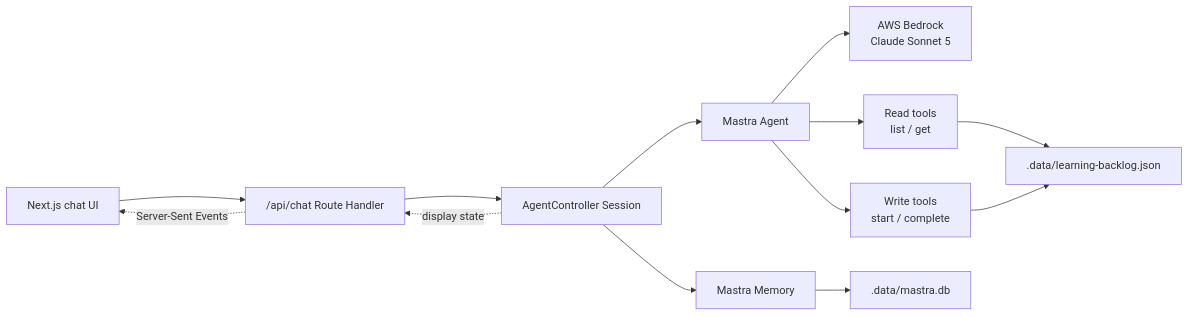
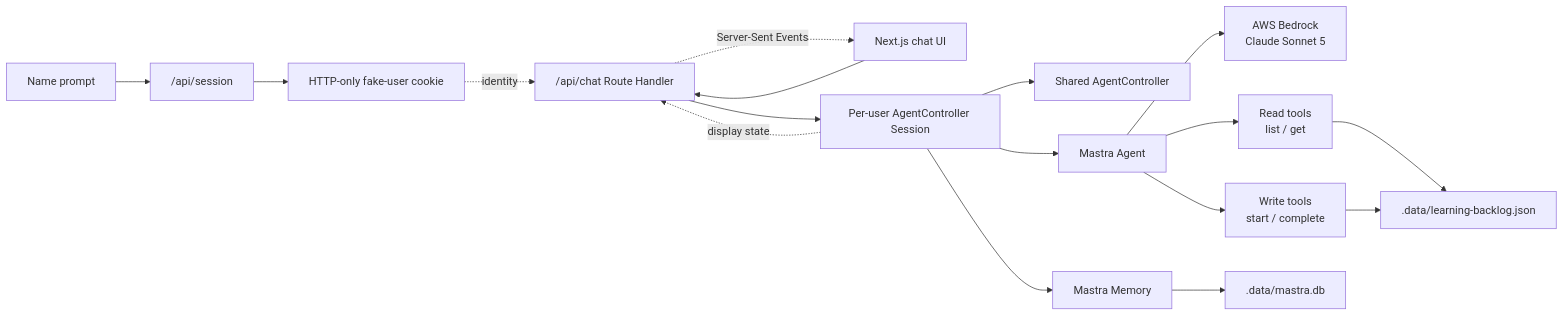
Before and after one commit to eyablonowitz/mastra-learning: the first of 3 diagrams in README.md, drawn with Mermaid. The commit also changed other lines of this file and 16 other files, not shown here.

Commit message:
add per-user-isolated sessions with faux-auth

````diff
--- a/README.md
+++ b/README.md
@@ -35,15 +35,19 @@
 ```mermaid
 flowchart LR
+    Prompt["Name prompt"] --> Auth["/api/session"]
+    Auth --> Cookie["HTTP-only fake-user cookie"]
     UI["Next.js chat UI"] --> Route["/api/chat Route Handler"]
-    Route --> Session["AgentController Session"]
+    Cookie -. "identity" .-> Route
+    Route --> Session["Per-user AgentController Session"]
+    Session --> Controller["Shared AgentController"]
     Session --> Agent["Mastra Agent"]
     Agent --> Bedrock["AWS Bedrock<br/>Claude Sonnet 5"]
     Agent --> Reads["Read tools<br/>list / get"]
     Agent --> Writes["Write tools<br/>start / complete"]
     Reads --> Backlog[".data/learning-backlog.json"]
     Writes --> Backlog
     Session --> Memory["Mastra Memory"]
     Memory --> LibSQL[".data/mastra.db"]
     Session -. "display state" .-> Route
     Route -. "Server-Sent Events" .-> UI
 ```
````
